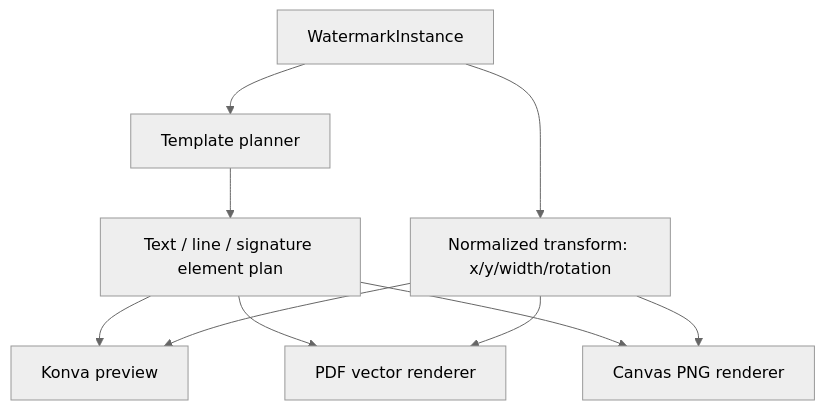
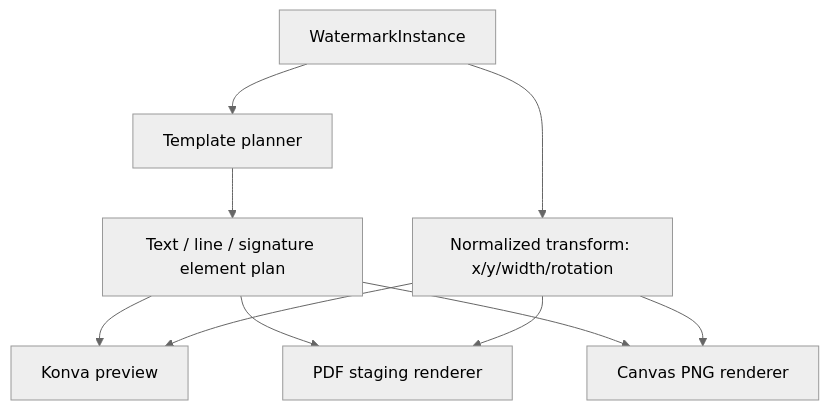
Before and after one commit to NickKhunapoj/EasySamnao: the second of 4 diagrams in docs/ARCHITECTURE.md, drawn with Mermaid (neutral theme). The commit also changed other lines of this file and 22 other files, not shown here.

````diff
--- a/docs/ARCHITECTURE.md
+++ b/docs/ARCHITECTURE.md
@@ -21,12 +21,12 @@
 ```mermaid
 flowchart TD
   A["WatermarkInstance"] --> B["Template planner"]
   B --> C["Text / line / signature element plan"]
   C --> D["Konva preview"]
-  C --> E["PDF vector renderer"]
+  C --> E["PDF staging renderer"]
   C --> F["Canvas PNG renderer"]
   A --> G["Normalized transform: x/y/width/rotation"]
   G --> D
   G --> E
   G --> F
 ```
````
